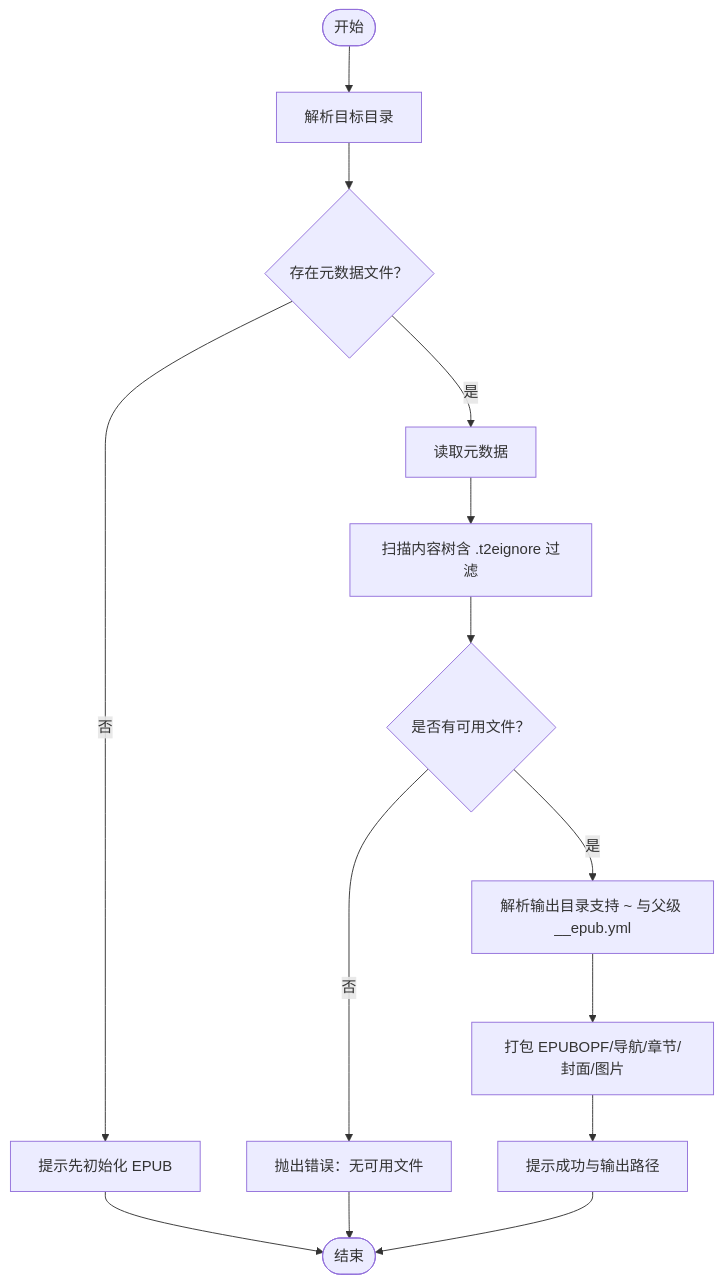
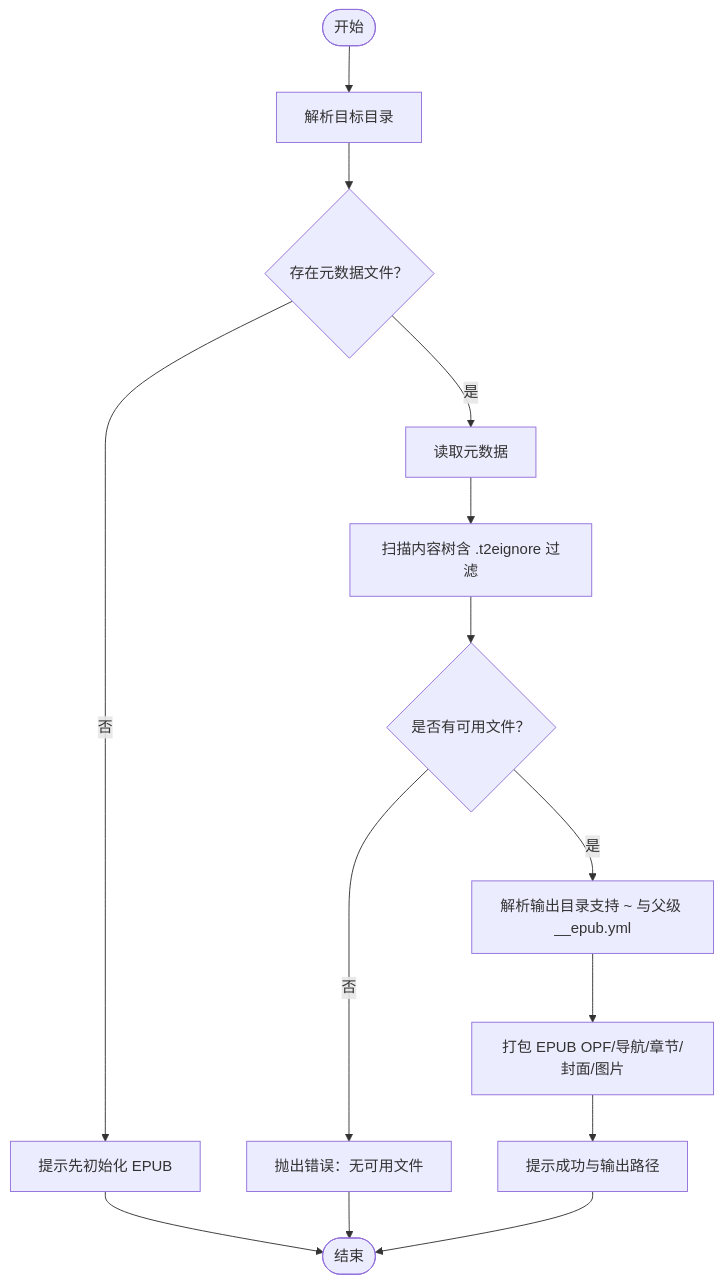
The third of 8 diagrams in .qoder/repowiki/zh/content/API 参考文档/命令 API.md (someok/vscode-folder2epub), drawn with Mermaid before and after one commit. The commit also changed other lines of this file and 4 other files, not shown here.

````diff
--- a/.qoder/repowiki/zh/content/API 参考文档/命令 API.md
+++ b/.qoder/repowiki/zh/content/API 参考文档/命令 API.md
@@ -181,13 +210,13 @@
 ```mermaid
 flowchart TD
 Start(["开始"]) --> Resolve["解析目标目录"]
 Resolve --> HasMeta{"存在元数据文件？"}
 HasMeta --> |否| WarnInit["提示先初始化 EPUB"] --> End
 HasMeta --> |是| ReadMeta["读取元数据"]
 ReadMeta --> Scan["扫描内容树含 .t2eignore 过滤"]
 Scan --> EmptyCheck{"是否有可用文件？"}
 EmptyCheck --> |否| ErrEmpty["抛出错误：无可用文件"] --> End
 EmptyCheck --> |是| OutDir["解析输出目录支持 ~ 与父级 __epub.yml"]
-OutDir --> Build["打包 EPUBOPF/导航/章节/封面/图片"]
+OutDir --> Build["打包 EPUB OPF/导航/章节/封面/图片"]
 Build --> Done["提示成功与输出路径"] --> End(["结束"])
 ```
````
